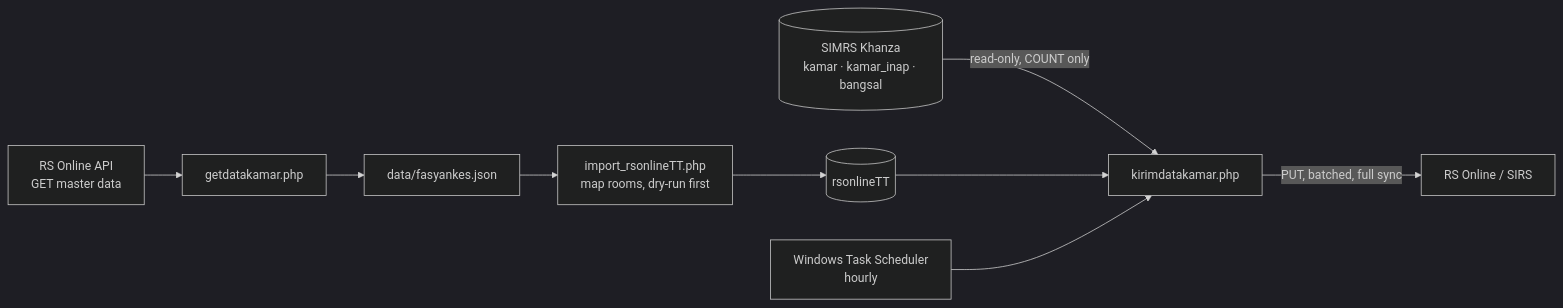
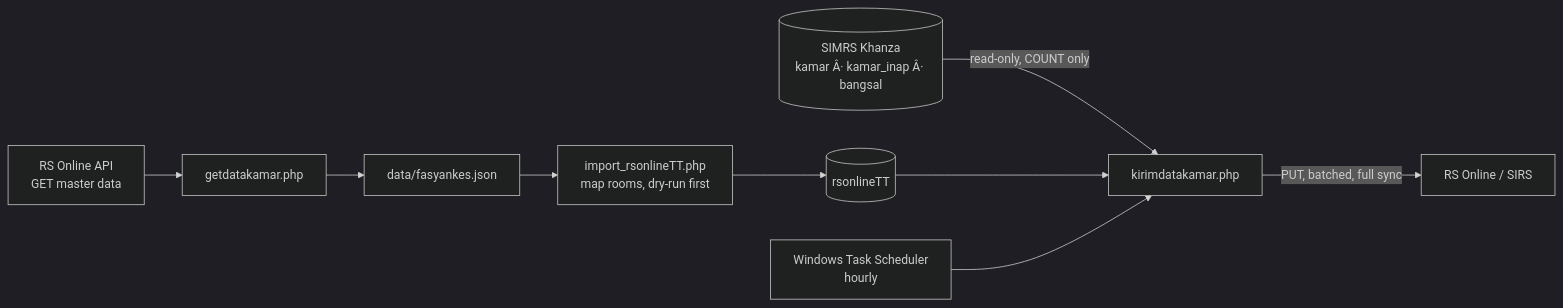
One commit to ArkFunDev/RSOnlineTT-kemkes changed the diagram in README.md. Above: the diagram before and after it, drawn with Mermaid (dark theme). The commit also changed other lines of this file, not shown here.

````diff
--- a/README.md
+++ b/README.md
@@ -20,9 +20,9 @@
 ```mermaid
 flowchart LR
-    A[(SIMRS Khanza<br/>kamar · kamar_inap · bangsal)] -->|read-only, COUNT only| B[kirimdatakamar.php]
+    A[(SIMRS Khanza<br/>kamar Â· kamar_inap Â· bangsal)] -->|read-only, COUNT only| B[kirimdatakamar.php]
     C[RS Online API<br/>GET master data] --> D[getdatakamar.php] --> E[data/fasyankes.json]
     E --> F[import_rsonlineTT.php<br/>map rooms, dry-run first] --> G[(rsonlineTT)]
     G --> B
     B -->|PUT, batched, full sync| H[RS Online / SIRS]
     I[Windows Task Scheduler<br/>hourly] --> B
 ```
````
